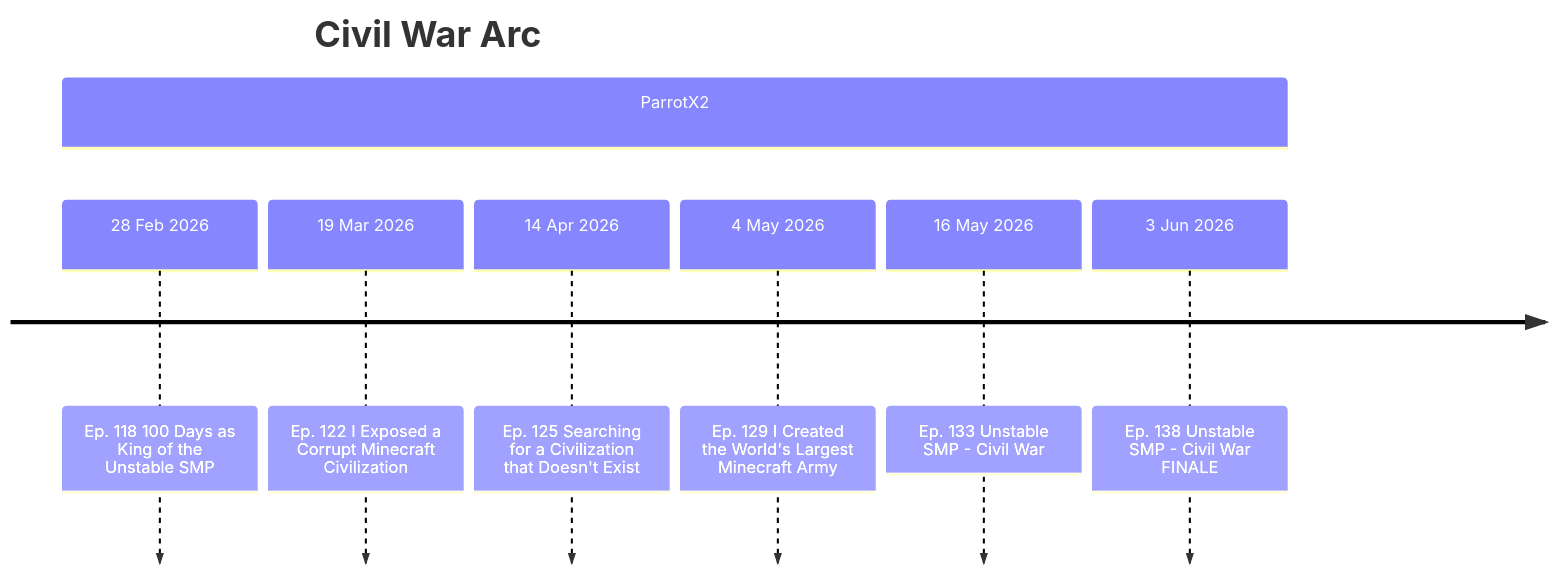
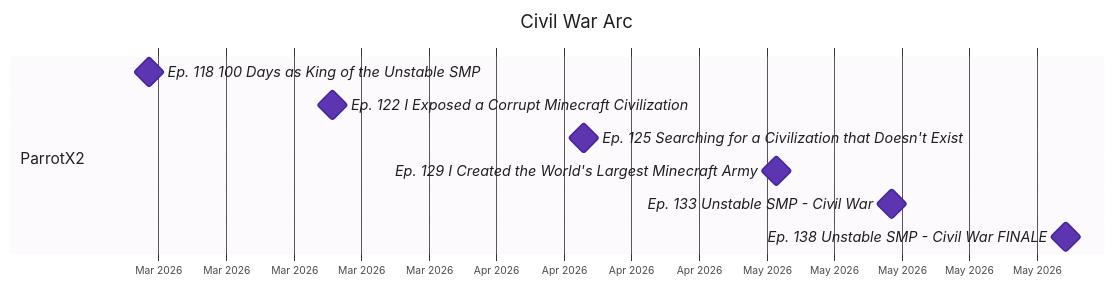
The diagram in docs/arcs/civil-war-arc.md (That1Guy005/Unstable-Wiki), drawn with Mermaid before and after one commit. The commit also changed other lines of this file and 57 other files, not shown here.

Commit message:
feat: improved readability charts

````diff
--- a/docs/arcs/civil-war-arc.md
+++ b/docs/arcs/civil-war-arc.md
@@ -23,11 +25,15 @@
 ```mermaid
-timeline
+%%{init: {"theme": "base", "themeVariables": {"fontFamily": "Roboto, Helvetica, Arial, sans-serif", "fontSize": "15px", "primaryTextColor": "#1f1f1f", "textColor": "#1f1f1f", "titleColor": "#1f1f1f", "gridColor": "#d0d0d8", "taskBkgColor": "#5e35b1", "taskBorderColor": "#4527a0", "taskTextColor": "#ffffff", "taskTextLightColor": "#ffffff", "taskTextDarkColor": "#1f1f1f", "taskTextOutsideColor": "#1f1f1f", "taskTextClickableColor": "#1f1f1f", "sectionBkgColor": "#ede7f6", "altSectionBkgColor": "#ffffff", "sectionBkgColor2": "#fff3d6"}, "gantt": {"barHeight": 26, "barGap": 6, "fontSize": 14, "sectionFontSize": 15, "leftPadding": 135, "topPadding": 54, "gridLineStartPadding": 40, "titleTopMargin": 24}, "themeCSS": ".titleText{font-size:20px;font-weight:600;fill:#1f1f1f} .sectionTitle{font-size:15px;font-weight:600;fill:#1f1f1f} .tick text{font-size:13px;fill:#333} .taskText,.taskTextOutsideRight,.taskTextOutsideLeft{font-size:14px} .milestone{fill:#5e35b1;stroke:#4527a0}"}}%%
+gantt
     title Civil War Arc
+    dateFormat YYYY-MM-DD
+    axisFormat %b %Y
+    todayMarker off
     section ParrotX2
-        28 Feb 2026 : Ep. 118 100 Days as King of the Unstable SMP
-        19 Mar 2026 : Ep. 122 I Exposed a Corrupt Minecraft Civilization
-        14 Apr 2026 : Ep. 125 Searching for a Civilization that Doesn't Exist
-        4 May 2026 : Ep. 129 I Created the World's Largest Minecraft Army
-        16 May 2026 : Ep. 133 Unstable SMP - Civil War
-        3 Jun 2026 : Ep. 138 Unstable SMP - Civil War FINALE
+    Ep. 118 100 Days as King of the Unstable SMP : milestone, m0, 2026-02-28, 0d
+    Ep. 122 I Exposed a Corrupt Minecraft Civilization : milestone, m1, 2026-03-19, 0d
+    Ep. 125 Searching for a Civilization that Doesn't Exist : milestone, m2, 2026-04-14, 0d
+    Ep. 129 I Created the World's Largest Minecraft Army : milestone, m3, 2026-05-04, 0d
+    Ep. 133 Unstable SMP - Civil War : milestone, m4, 2026-05-16, 0d
+    Ep. 138 Unstable SMP - Civil War FINALE : milestone, m5, 2026-06-03, 0d
 ```
````
